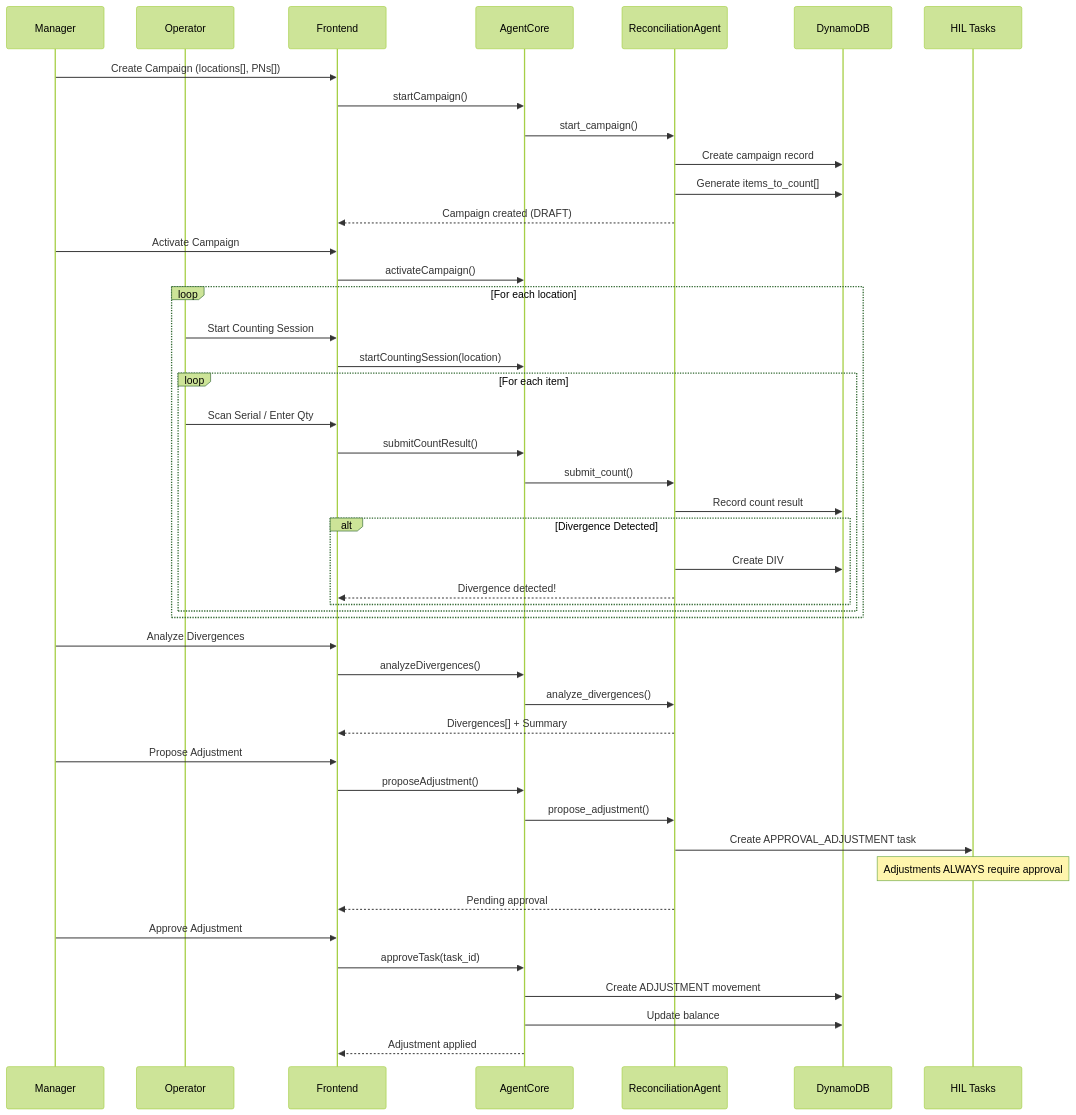
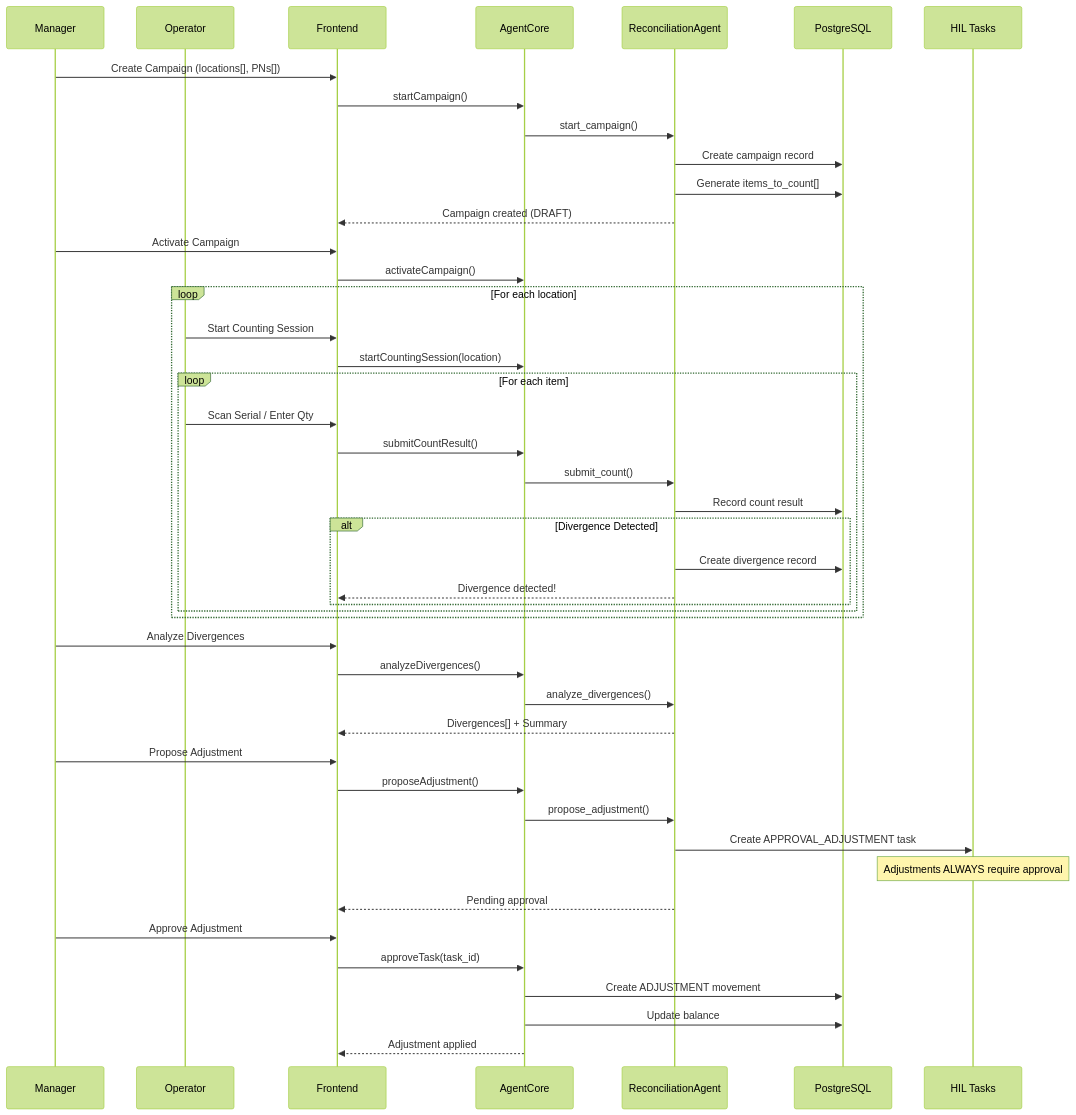
Before and after one commit to LPDigital-Agent/lpd-faiston-allinone: diagram 16 of 20 in docs/architecture/SGA_ESTOQUE_ARCHITECTURE.md, drawn with Mermaid (forest theme). The commit also changed other lines of this file, not shown here.

First line of the commit message:
📚 docs(architecture): update SGA_ESTOQUE_ARCHITECTURE for TRUE Multi-Agent A2A

````diff
--- a/docs/architecture/SGA_ESTOQUE_ARCHITECTURE.md
+++ b/docs/architecture/SGA_ESTOQUE_ARCHITECTURE.md
@@ -728,60 +953,60 @@
 ```mermaid
 sequenceDiagram
     participant M as Manager
     participant O as Operator
     participant FE as Frontend
     participant AC as AgentCore
     participant RA as ReconciliationAgent
-    participant DDB as DynamoDB
+    participant PG as PostgreSQL
     participant HIL as HIL Tasks
 
     %% Create Campaign
     M->>FE: Create Campaign (locations[], PNs[])
     FE->>AC: startCampaign()
     AC->>RA: start_campaign()
-    RA->>DDB: Create campaign record
-    RA->>DDB: Generate items_to_count[]
+    RA->>PG: Create campaign record
+    RA->>PG: Generate items_to_count[]
     RA-->>FE: Campaign created (DRAFT)
 
     %% Counting
     M->>FE: Activate Campaign
     FE->>AC: activateCampaign()
 
     loop For each location
         O->>FE: Start Counting Session
         FE->>AC: startCountingSession(location)
 
         loop For each item
             O->>FE: Scan Serial / Enter Qty
             FE->>AC: submitCountResult()
             AC->>RA: submit_count()
-            RA->>DDB: Record count result
+            RA->>PG: Record count result
 
             alt Divergence Detected
-                RA->>DDB: Create DIV# record
+                RA->>PG: Create divergence record
                 RA-->>FE: Divergence detected!
             end
         end
     end
 
     %% Analysis
     M->>FE: Analyze Divergences
     FE->>AC: analyzeDivergences()
     AC->>RA: analyze_divergences()
     RA-->>FE: Divergences[] + Summary
 
     %% Adjustment (ALWAYS HIL)
     M->>FE: Propose Adjustment
     FE->>AC: proposeAdjustment()
     AC->>RA: propose_adjustment()
     RA->>HIL: Create APPROVAL_ADJUSTMENT task
     Note over HIL: Adjustments ALWAYS require approval
     RA-->>FE: Pending approval
 
     %% Approval
     M->>FE: Approve Adjustment
     FE->>AC: approveTask(task_id)
-    AC->>DDB: Create ADJUSTMENT movement
-    AC->>DDB: Update balance
+    AC->>PG: Create ADJUSTMENT movement
+    AC->>PG: Update balance
     AC-->>FE: Adjustment applied
 ```
````
